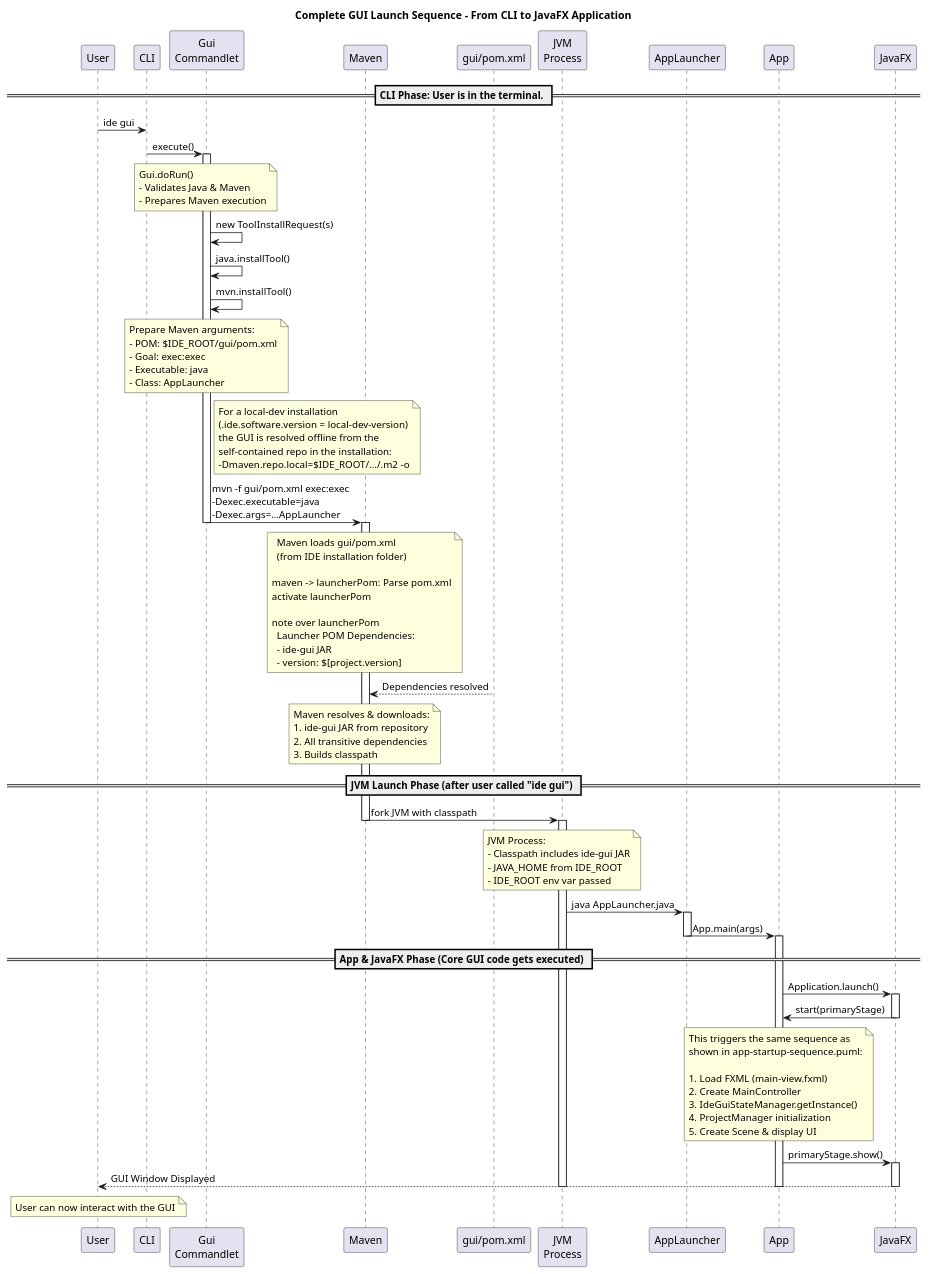
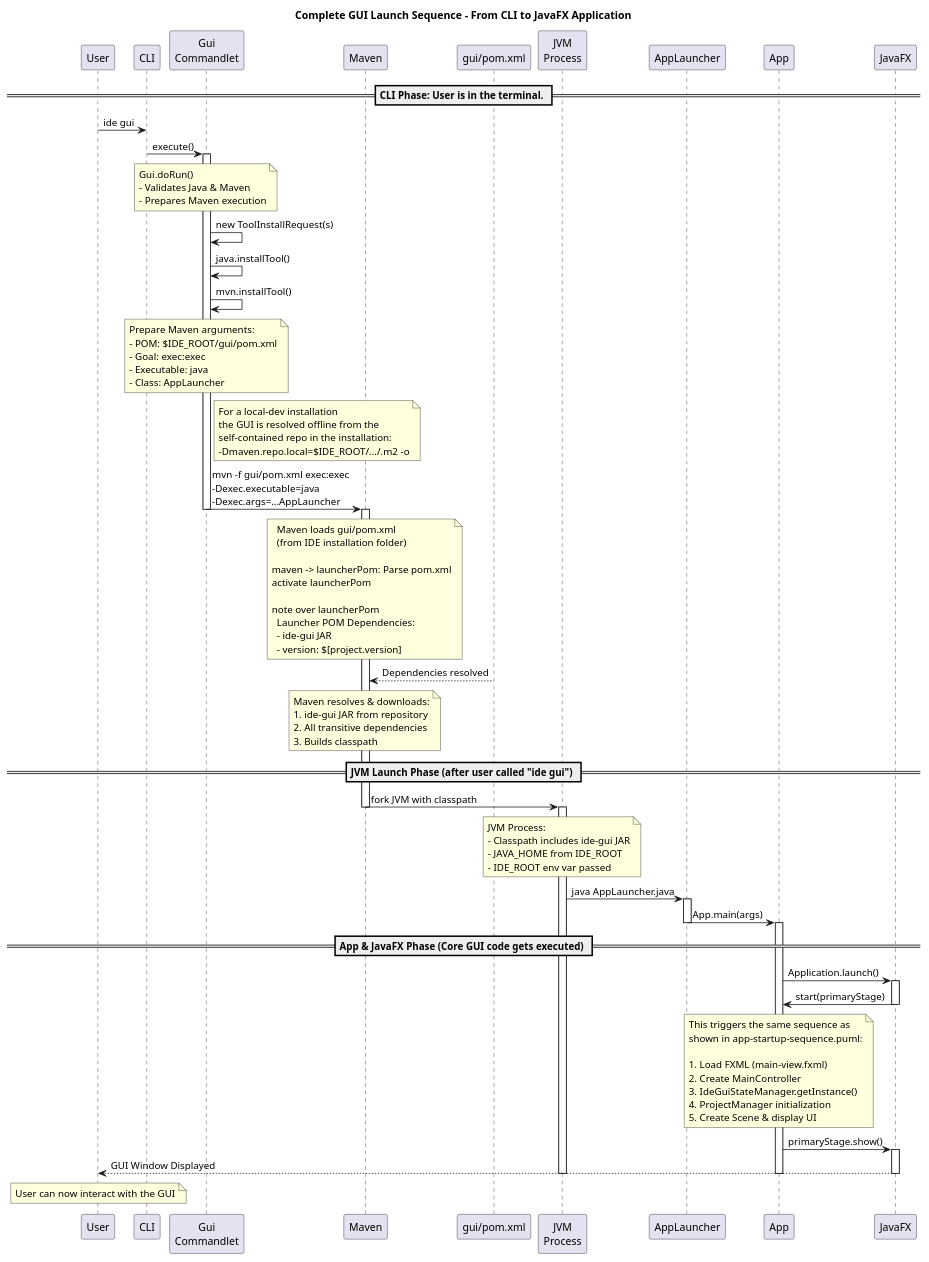
One commit to devonfw/IDEasy changed the diagram in documentation/contributing/diagrams/gui/gui-launch-sequence.puml. Above: the diagram before and after it, drawn with PlantUML. The commit also changed 7 other files, not shown here.

Commit message:
#2351: Changed local build identifying logic to not be dependent on FILE_SOFTWARE_VERSION

```diff
--- a/documentation/contributing/diagrams/gui/gui-launch-sequence.puml
+++ b/documentation/contributing/diagrams/gui/gui-launch-sequence.puml
@@ -1,125 +1,124 @@
 @startuml
 'https://plantuml.com/sequence-diagram
 
 title Complete GUI Launch Sequence - From CLI to JavaFX Application
 
 participant "User" as user
 participant "CLI" as cli
 participant "Gui\nCommandlet" as guiCmd
 participant "Maven" as maven
 participant "gui/pom.xml" as launcherPom
 participant "JVM\nProcess" as jvm
 participant "AppLauncher" as launcher
 participant "App" as app
 participant "JavaFX" as javafx
 
 == CLI Phase: User is in the terminal. ==
 user -> cli: ide gui
 cli -> guiCmd: execute()
 activate guiCmd
 
 note over guiCmd
   Gui.doRun()
   - Validates Java & Maven
   - Prepares Maven execution
 end note
 
 guiCmd -> guiCmd: new ToolInstallRequest(s)
 guiCmd -> guiCmd: java.installTool()
 guiCmd -> guiCmd: mvn.installTool()
 
 note over guiCmd
   Prepare Maven arguments:
   - POM: $IDE_ROOT/gui/pom.xml
   - Goal: exec:exec
   - Executable: java
   - Class: AppLauncher
 end note
 
 note right of guiCmd
   For a local-dev installation
-  (.ide.software.version = local-dev-version)
   the GUI is resolved offline from the
   self-contained repo in the installation:
   -Dmaven.repo.local=$IDE_ROOT/.../.m2 -o
 end note
 
 guiCmd -> maven: mvn -f gui/pom.xml exec:exec\n-Dexec.executable=java\n-Dexec.args=...AppLauncher
 deactivate guiCmd
 activate maven
 
 note over maven
   Maven loads gui/pom.xml
   (from IDE installation folder)
 
 maven -> launcherPom: Parse pom.xml
 activate launcherPom
 
 note over launcherPom
   Launcher POM Dependencies:
   - ide-gui JAR
   - version: $[project.version]
 end note
 
 launcherPom --> maven: Dependencies resolved
 deactivate launcherPom
 
 note over maven
   Maven resolves & downloads:
   1. ide-gui JAR from repository
   2. All transitive dependencies
   3. Builds classpath
 end note
 
 == JVM Launch Phase (after user called "ide gui") ==
 
 maven -> jvm: fork JVM with classpath
 deactivate maven
 activate jvm
 
 note over jvm
   JVM Process:
   - Classpath includes ide-gui JAR
   - JAVA_HOME from IDE_ROOT
   - IDE_ROOT env var passed
 end note
 
 jvm -> launcher: java AppLauncher.java
 activate launcher
 
 
 launcher -> app: App.main(args)
 deactivate launcher
 activate app
 
 == App & JavaFX Phase (Core GUI code gets executed) ==
 
 app -> javafx: Application.launch()
 activate javafx
 
 javafx -> app: start(primaryStage)
 deactivate javafx
 note over app
   This triggers the same sequence as
   shown in app-startup-sequence.puml:
 
   1. Load FXML (main-view.fxml)
   2. Create MainController
   3. IdeGuiStateManager.getInstance()
   4. ProjectManager initialization
   5. Create Scene & display UI
 end note
 
 app -> javafx: primaryStage.show()
 activate javafx
 
 javafx --> user: GUI Window Displayed
 deactivate javafx
 deactivate app
 deactivate jvm
 
 note over user
   User can now interact with the GUI
 end note
 
 @enduml
```
